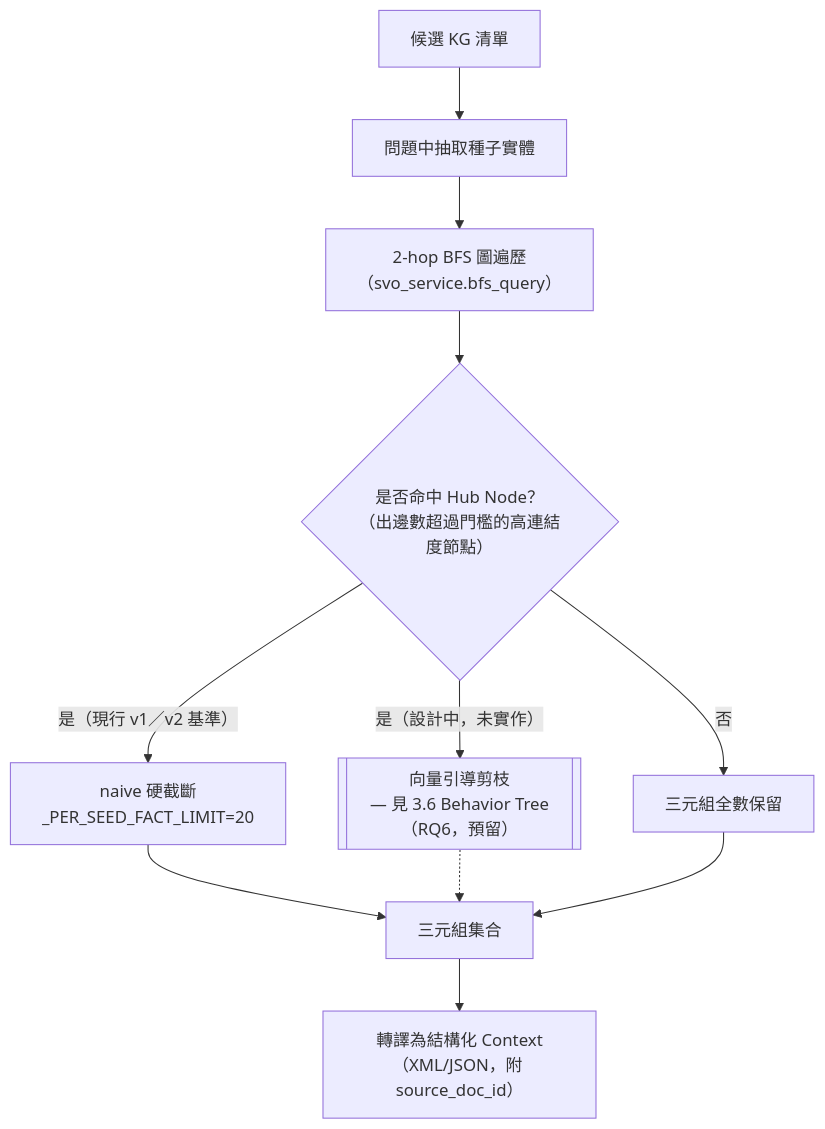
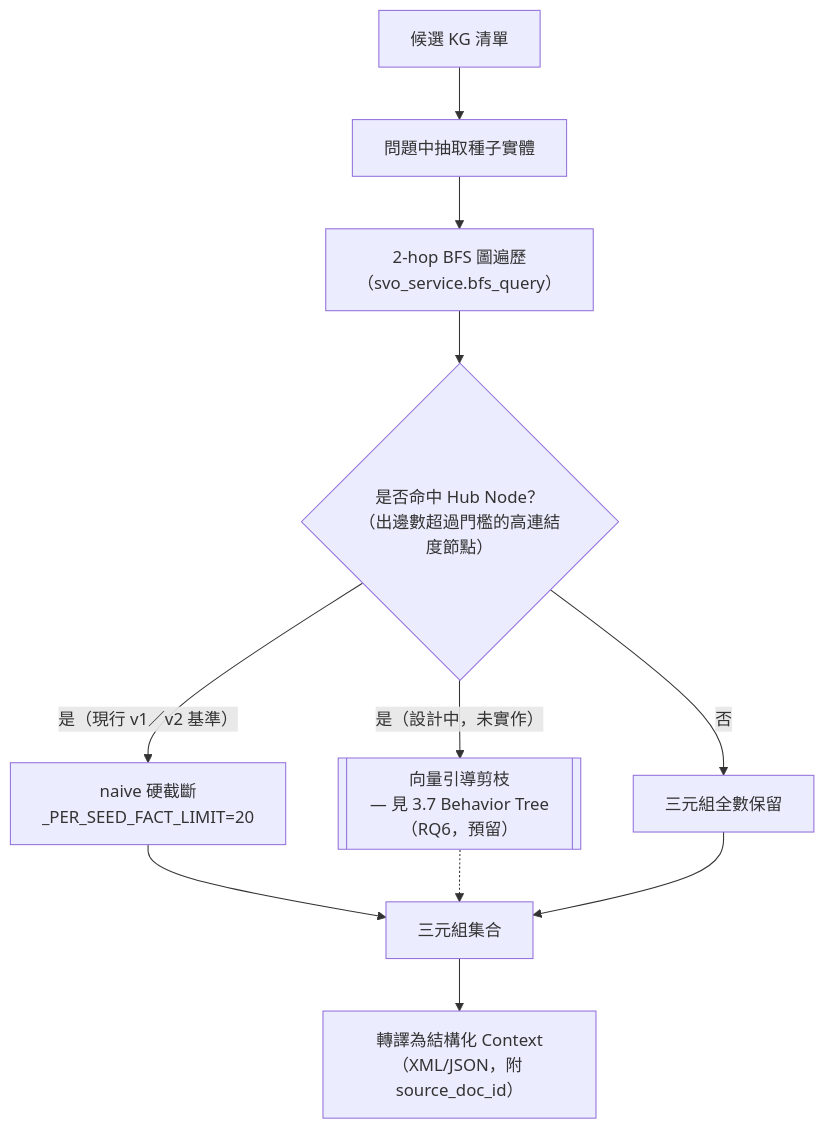
The eighth of 13 diagrams in docs/論文/03_系統設計與方法論.md (Chester930/world-knowledge-graph-rag), drawn with Mermaid before and after one commit. The commit also changed other lines of this file and 12 other files, not shown here.

````diff
--- a/docs/論文/03_系統設計與方法論.md
+++ b/docs/論文/03_系統設計與方法論.md
@@ -295,13 +295,13 @@
 ```mermaid
 flowchart TD
     KGS["候選 KG 清單"] --> SEED["問題中抽取種子實體"]
     SEED --> BFS2["2-hop BFS 圖遍歷<br/>（svo_service.bfs_query）"]
     BFS2 --> HUB{"是否命中 Hub Node？<br/>（出邊數超過門檻的高連結度節點）"}
     HUB -->|"是（現行 v1／v2 基準）"| CUT["naive 硬截斷<br/>_PER_SEED_FACT_LIMIT=20"]
-    HUB -->|"是（設計中，未實作）"| PRUNE[["向量引導剪枝<br/>— 見 3.6 Behavior Tree（RQ6，預留）"]]
+    HUB -->|"是（設計中，未實作）"| PRUNE[["向量引導剪枝<br/>— 見 3.7 Behavior Tree（RQ6，預留）"]]
     HUB -->|否| PASS["三元組全數保留"]
     CUT --> TRIPLES["三元組集合"]
     PRUNE -.-> TRIPLES
     PASS --> TRIPLES
     TRIPLES --> CTX["轉譯為結構化 Context<br/>（XML/JSON，附 source_doc_id）"]
 ```
````
